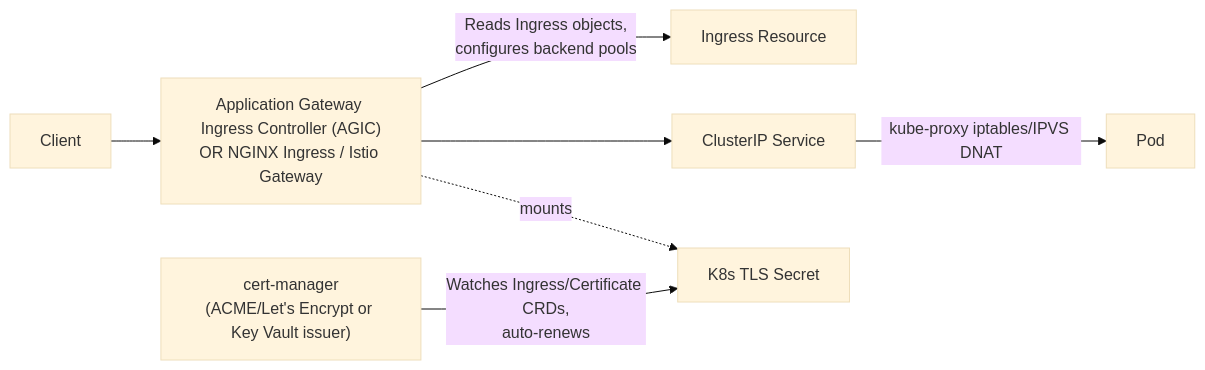
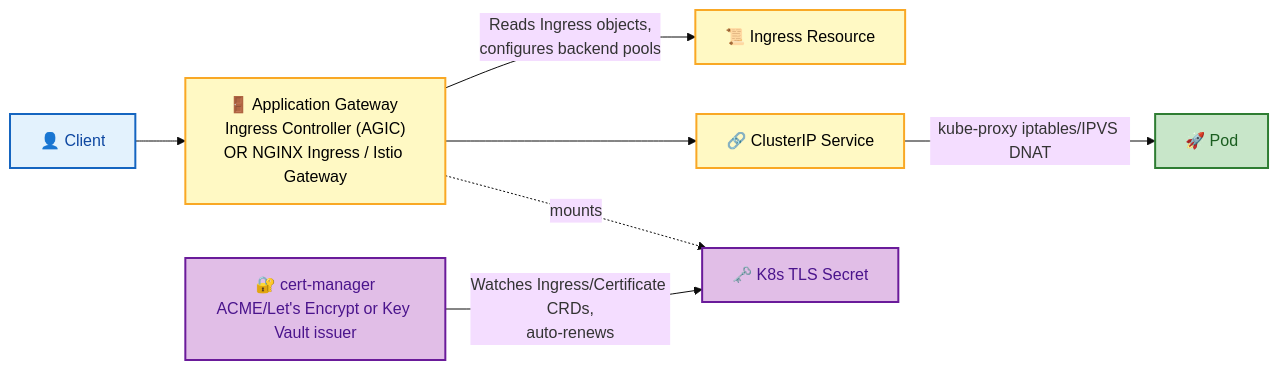
Before and after one commit to rakesh-budde/devops-guide: the sixth of 7 diagrams in azure/06-AKS-DEEP-DIVE.md, drawn with Mermaid (base theme). The commit also changed other lines of this file and 73 other files, not shown here.

````diff
--- a/azure/06-AKS-DEEP-DIVE.md
+++ b/azure/06-AKS-DEEP-DIVE.md
@@ -89,9 +208,18 @@
 ```mermaid
 graph LR
-    Client --> AppGW["Application Gateway Ingress Controller (AGIC)<br/>OR NGINX Ingress / Istio Gateway"]
-    AppGW -->|"Reads Ingress objects,<br/>configures backend pools"| IngressObj["Ingress Resource"]
-    AppGW --> SVC["ClusterIP Service"]
-    SVC -->|kube-proxy iptables/IPVS DNAT| Pod
-    CertManager["cert-manager<br/>(ACME/Let's Encrypt or Key Vault issuer)"] -->|"Watches Ingress/Certificate CRDs,<br/>auto-renews"| TLSSecret["K8s TLS Secret"]
-    AppGW -.->|mounts| TLSSecret
+    Client["👤 Client"] --> AppGW["🚪 Application Gateway Ingress Controller (AGIC)<br/>OR NGINX Ingress / Istio Gateway"]
+    AppGW -->|"Reads Ingress objects,<br/>configures backend pools"| IngressObj["📜 Ingress Resource"]
+    AppGW --> SVC["🔗 ClusterIP Service"]
+    SVC -->|"kube-proxy iptables/IPVS DNAT"| Pod["🚀 Pod"]
+    CertManager["🔐 cert-manager<br/>ACME/Let's Encrypt or Key Vault issuer"] -->|"Watches Ingress/Certificate CRDs,<br/>auto-renews"| TLSSecret["🗝️ K8s TLS Secret"]
+    AppGW -.->|"mounts"| TLSSecret
+
+    classDef start fill:#e3f2fd,stroke:#1565c0,color:#0d47a1,stroke-width:2px;
+    classDef proc fill:#fff9c4,stroke:#f9a825,color:#000,stroke-width:2px;
+    classDef good fill:#c8e6c9,stroke:#2e7d32,color:#1b5e20,stroke-width:2px;
+    classDef ctrl fill:#e1bee7,stroke:#6a1b9a,color:#4a148c,stroke-width:2px;
+    class Client start;
+    class AppGW,IngressObj,SVC proc;
+    class Pod good;
+    class CertManager,TLSSecret ctrl;
 ```
````
